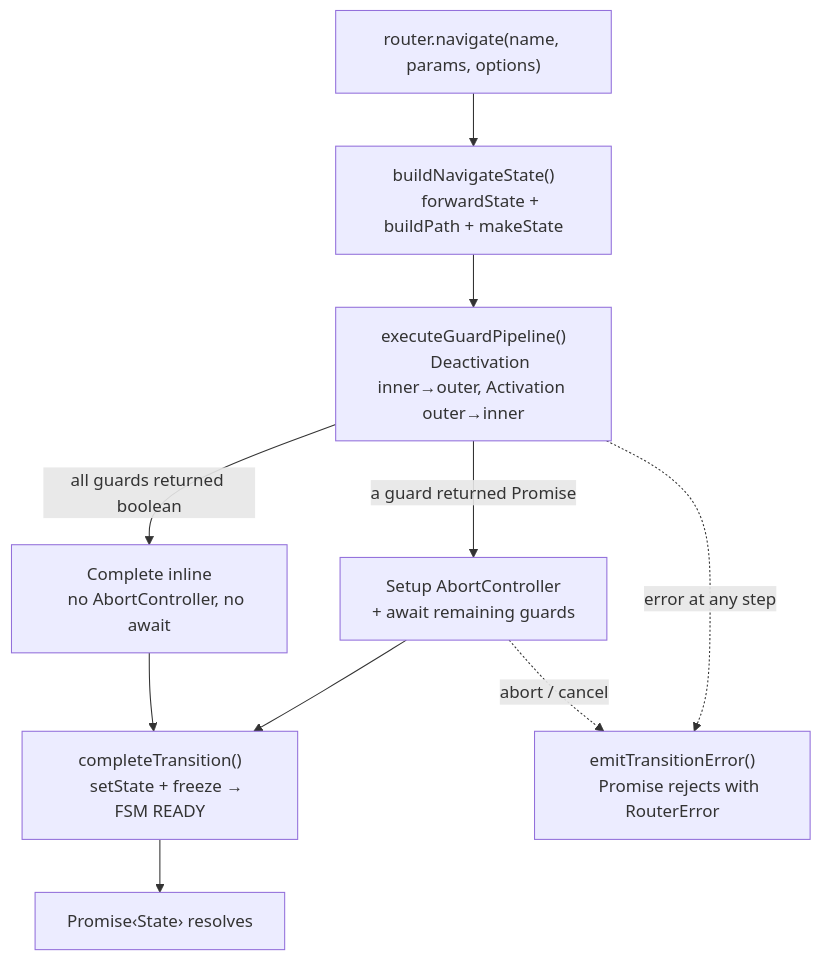
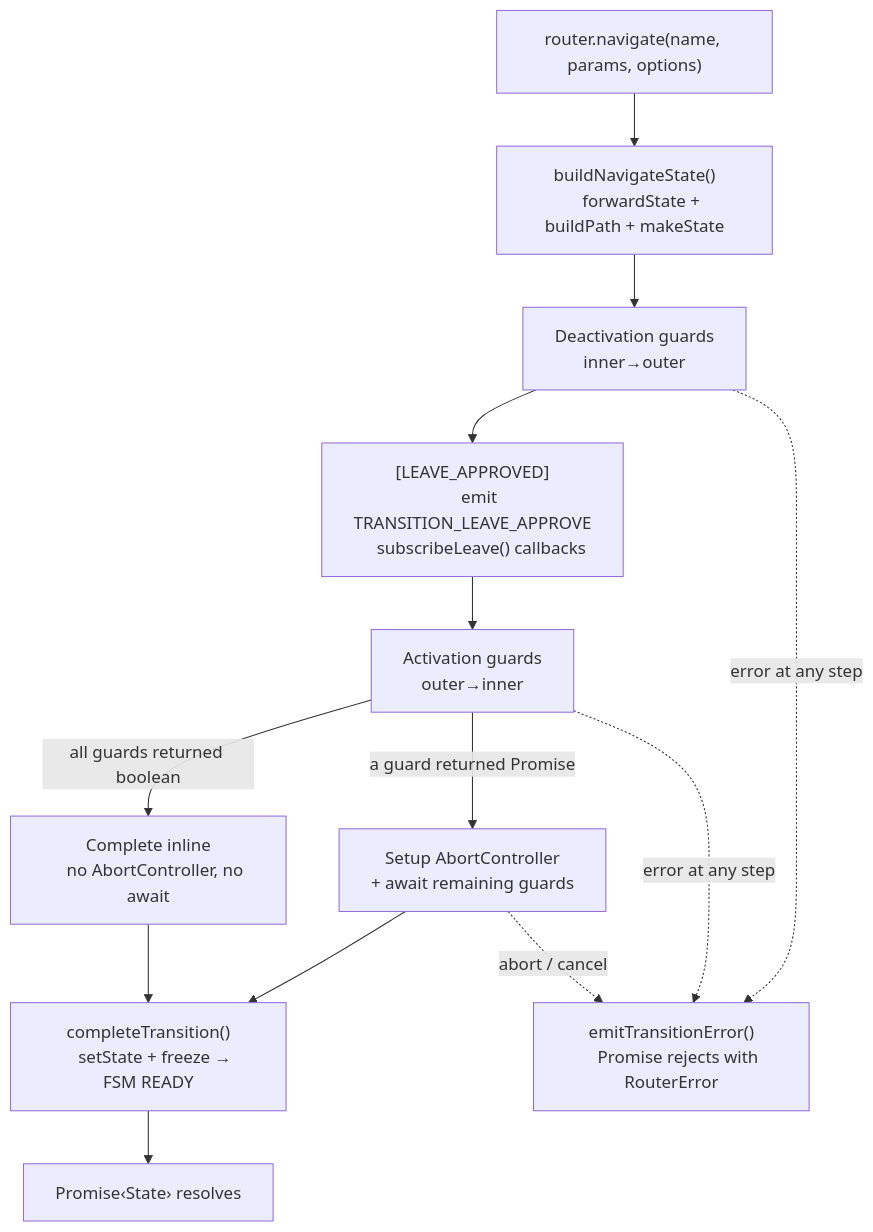
The third of 3 diagrams in ARCHITECTURE.md (greydragon888/real-router), drawn with Mermaid before and after one commit. The commit also changed other lines of this file and 220 other files, not shown here.

Commit message:
feat: TRANSITION_LEAVE_APPROVE event + router.subscribeLeave() (#391) (#392)

````diff
--- a/ARCHITECTURE.md
+++ b/ARCHITECTURE.md
@@ -247,27 +254,35 @@
 ```mermaid
 flowchart TD
     NAV["router.navigate(name, params, options)"] --> BUILD
     BUILD["buildNavigateState()
-    forwardState + buildPath + makeState"] --> GUARDS
-    GUARDS["executeGuardPipeline()
-    Deactivation inner→outer, Activation outer→inner"]
+    forwardState + buildPath + makeState"] --> DEACTIVATE
+    DEACTIVATE["Deactivation guards
+    inner→outer"]
 
-    GUARDS -->|all guards returned boolean| SYNC
-    GUARDS -->|a guard returned Promise| ASYNC
+    DEACTIVATE --> LEAVE["[LEAVE_APPROVED]
+    emit TRANSITION_LEAVE_APPROVE
+    subscribeLeave() callbacks"]
+
+    LEAVE --> ACTIVATE["Activation guards
+    outer→inner"]
+
+    ACTIVATE -->|all guards returned boolean| SYNC
+    ACTIVATE -->|a guard returned Promise| ASYNC
 
     SYNC["Complete inline
     no AbortController, no await"]
     ASYNC["Setup AbortController
     + await remaining guards"]
 
     SYNC --> COMPLETE
     ASYNC --> COMPLETE
 
     COMPLETE["completeTransition()
     setState + freeze → FSM READY"]
     COMPLETE --> RESOLVE["Promise‹State› resolves"]
 
-    GUARDS -.->|error at any step| ERR["emitTransitionError()
+    DEACTIVATE -.->|error at any step| ERR["emitTransitionError()
     Promise rejects with RouterError"]
+    ACTIVATE -.->|error at any step| ERR
     ASYNC -.->|abort / cancel| ERR
 ```
````
